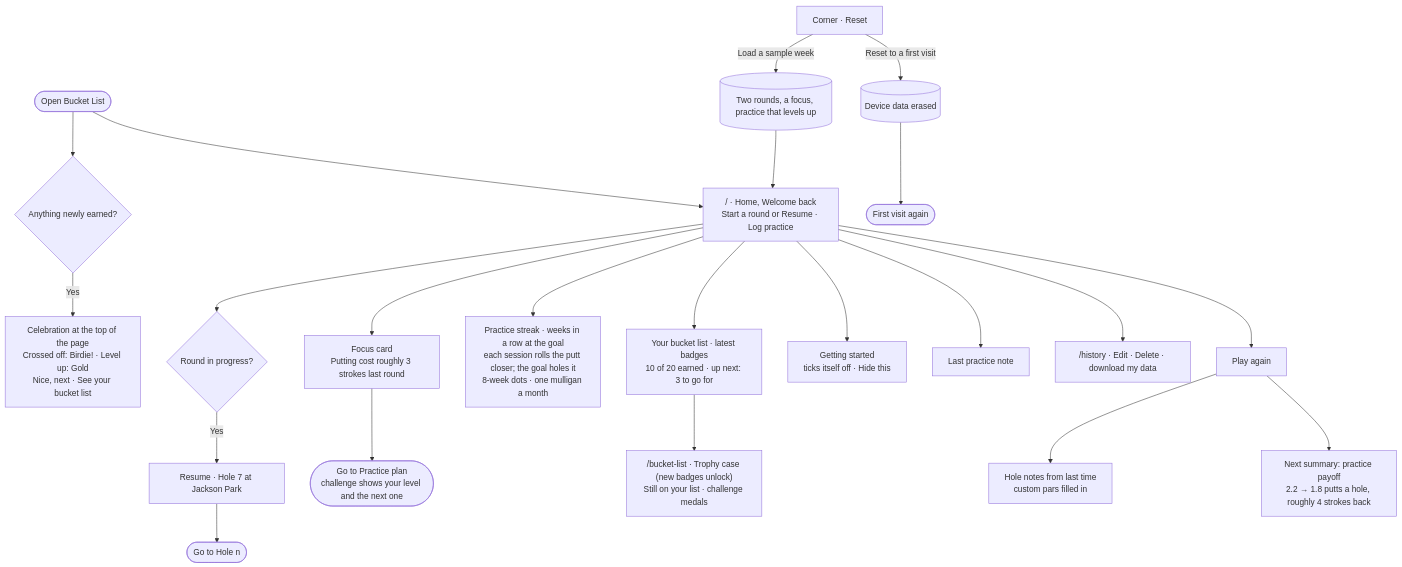
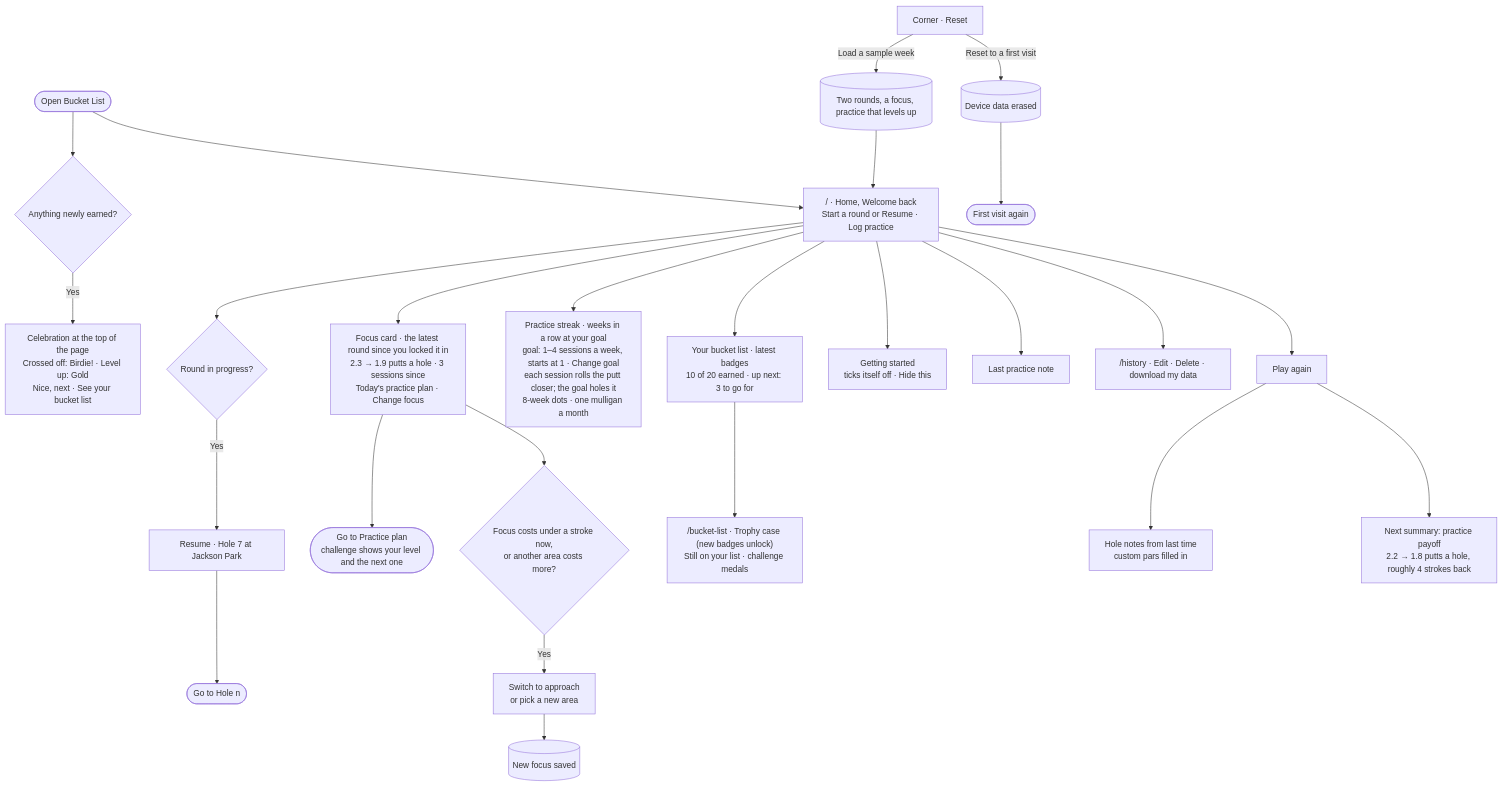
One commit to apham799/DesignBuildShip_Assignment3 changed the fifth of 5 diagrams in README.md. Above: the diagram before and after it, drawn with Mermaid. The commit also changed other lines of this file and 1 other file, not shown here.

Commit message:
README and flows: changes made from the first-run feedback

````diff
--- a/README.md
+++ b/README.md
@@ -125,25 +125,28 @@
 ```mermaid
 flowchart TD
   open(["Open Bucket List"]) --> wb["/ · Home, Welcome back<br/>Start a round or Resume · Log practice"]
   new{"Anything newly earned?"} -- "Yes" --> party["Celebration at the top of the page<br/>Crossed off: Birdie! · Level up: Gold<br/>Nice, next · See your bucket list"]
   open --> new
   wb --> inprog{"Round in progress?"}
   inprog -- "Yes" --> resume["Resume · Hole 7 at Jackson Park"]
   resume --> hole(["Go to Hole n"])
-  wb --> focus["Focus card<br/>Putting cost roughly 3 strokes last round"]
+  wb --> focus["Focus card · the latest round since you locked it in<br/>2.3 → 1.9 putts a hole · 3 sessions since<br/>Today's practice plan · Change focus"]
   focus --> plan(["Go to Practice plan<br/>challenge shows your level and the next one"])
-  wb --> streakc["Practice streak · weeks in a row at the goal<br/>each session rolls the putt closer; the goal holes it<br/>8-week dots · one mulligan a month"]
+  focus --> moveon{"Focus costs under a stroke now,<br/>or another area costs more?"}
+  moveon -- "Yes" --> switch["Switch to approach<br/>or pick a new area"]
+  switch --> refocus[("New focus saved")]
+  wb --> streakc["Practice streak · weeks in a row at your goal<br/>goal: 1–4 sessions a week, starts at 1 · Change goal<br/>each session rolls the putt closer; the goal holes it<br/>8-week dots · one mulligan a month"]
   wb --> bucket["Your bucket list · latest badges<br/>10 of 20 earned · up next: 3 to go for"]
   bucket --> list["/bucket-list · Trophy case (new badges unlock)<br/>Still on your list · challenge medals"]
   wb --> checklist["Getting started<br/>ticks itself off · Hide this"]
   wb --> note["Last practice note"]
   wb --> hist["/history · Edit · Delete · download my data"]
   wb --> again["Play again"]
   again --> notes["Hole notes from last time<br/>custom pars filled in"]
   again --> pay["Next summary: practice payoff<br/>2.2 → 1.8 putts a hole, roughly 4 strokes back"]
 
   menu["Corner · Reset"] -- "Reset to a first visit" --> erase[("Device data erased")]
   erase --> first(["First visit again"])
   menu -- "Load a sample week" --> sample[("Two rounds, a focus, practice that levels up")]
   sample --> wb
 ```
````
